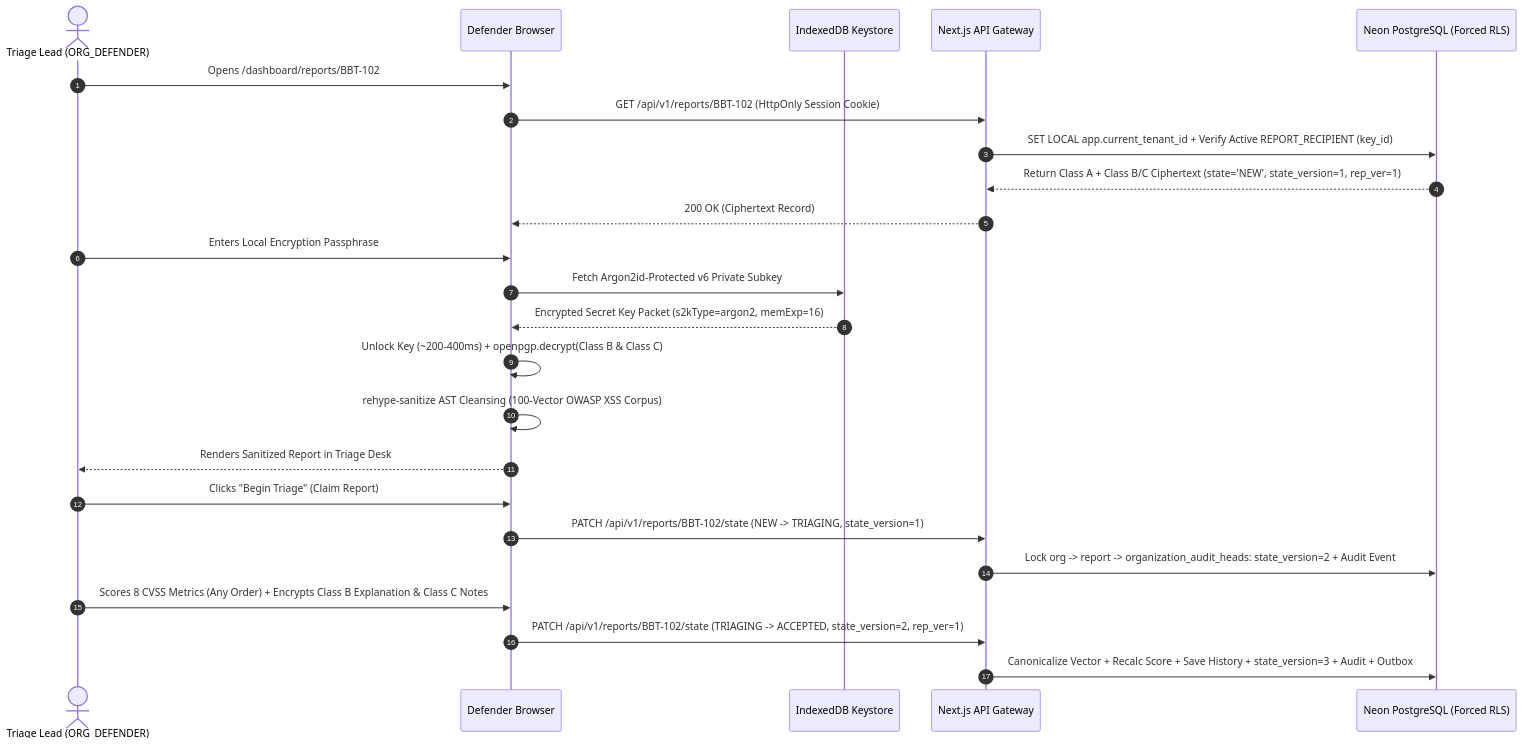
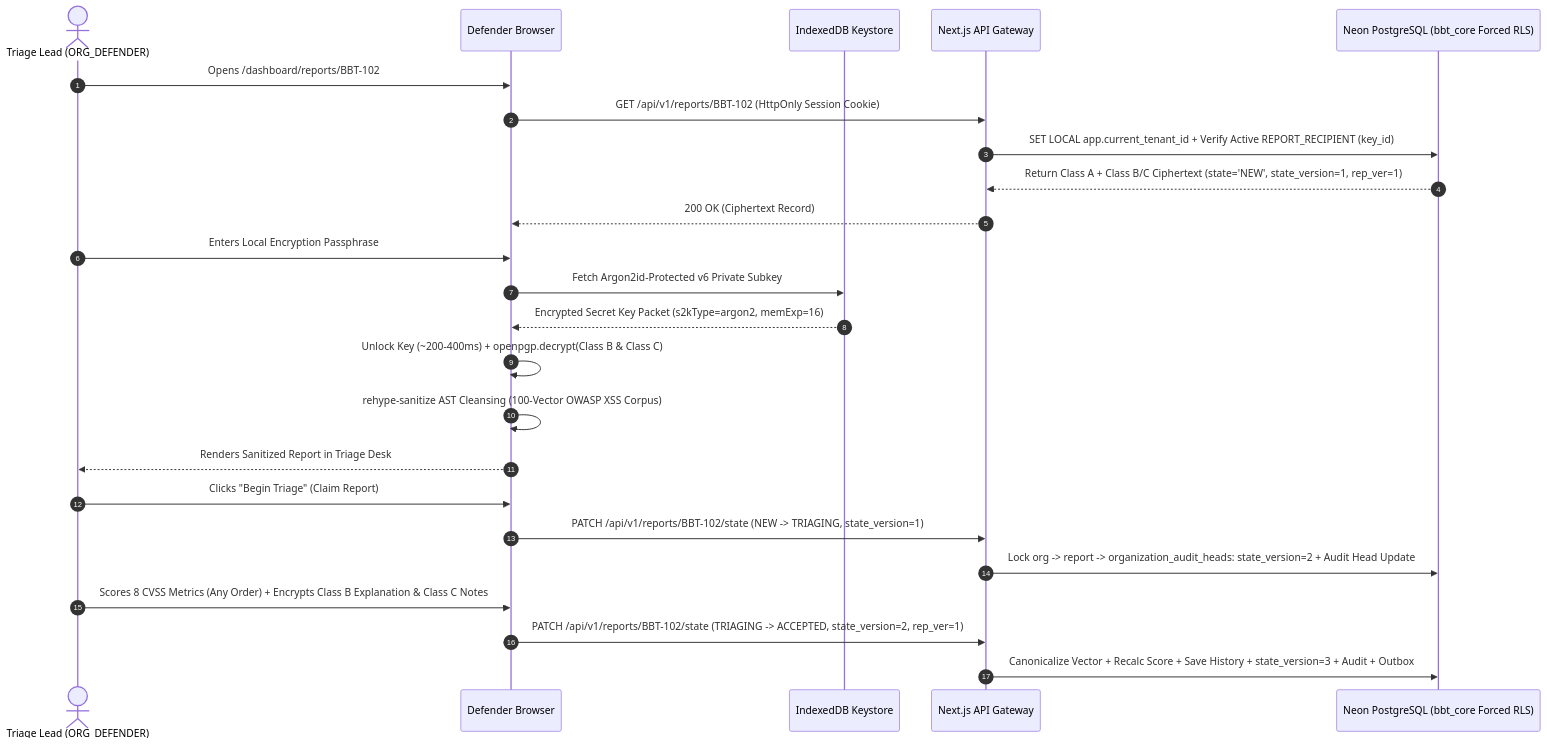
One commit to Taha-Asad/BugBountyTracker changed the diagram in requirements/diagrams/fig4_4_seq_decryption.mmd. Above: the diagram before and after it, drawn with Mermaid. The commit also changed 14 other files, not shown here.

Commit message:
docs(srs): consolidate IEEE 830 SRS to Revision 2.4 (export-verifiable audit proofs, universal event_digest, separated researcher/defender key recovery, 3-tier offboarding, and MiB/GiB capacity budgets)

```diff
--- a/requirements/diagrams/fig4_4_seq_decryption.mmd
+++ b/requirements/diagrams/fig4_4_seq_decryption.mmd
@@ -1,25 +1,25 @@
 sequenceDiagram
     autonumber
     actor Defender as Triage Lead (ORG_DEFENDER)
     participant Browser as Defender Browser
     participant KeyStore as IndexedDB Keystore
     participant Server as Next.js API Gateway
-    participant DB as Neon PostgreSQL (Forced RLS)
+    participant DB as Neon PostgreSQL (bbt_core Forced RLS)
 
     Defender->>Browser: Opens /dashboard/reports/BBT-102
     Browser->>Server: GET /api/v1/reports/BBT-102 (HttpOnly Session Cookie)
     Server->>DB: SET LOCAL app.current_tenant_id + Verify Active REPORT_RECIPIENT (key_id)
     DB-->>Server: Return Class A + Class B/C Ciphertext (state='NEW', state_version=1, rep_ver=1)
     Server-->>Browser: 200 OK (Ciphertext Record)
     Defender->>Browser: Enters Local Encryption Passphrase
     Browser->>KeyStore: Fetch Argon2id-Protected v6 Private Subkey
     KeyStore-->>Browser: Encrypted Secret Key Packet (s2kType=argon2, memExp=16)
     Browser->>Browser: Unlock Key (~200-400ms) + openpgp.decrypt(Class B & Class C)
     Browser->>Browser: rehype-sanitize AST Cleansing (100-Vector OWASP XSS Corpus)
     Browser-->>Defender: Renders Sanitized Report in Triage Desk
     Defender->>Browser: Clicks "Begin Triage" (Claim Report)
     Browser->>Server: PATCH /api/v1/reports/BBT-102/state (NEW -> TRIAGING, state_version=1)
-    Server->>DB: Lock org -> report -> organization_audit_heads: state_version=2 + Audit Event
+    Server->>DB: Lock org -> report -> organization_audit_heads: state_version=2 + Audit Head Update
     Defender->>Browser: Scores 8 CVSS Metrics (Any Order) + Encrypts Class B Explanation & Class C Notes
     Browser->>Server: PATCH /api/v1/reports/BBT-102/state (TRIAGING -> ACCEPTED, state_version=2, rep_ver=1)
     Server->>DB: Canonicalize Vector + Recalc Score + Save History + state_version=3 + Audit + Outbox
```
